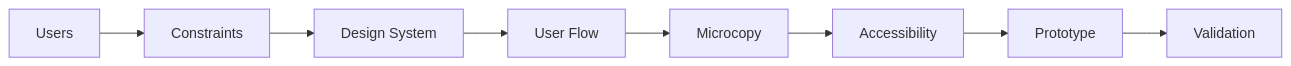
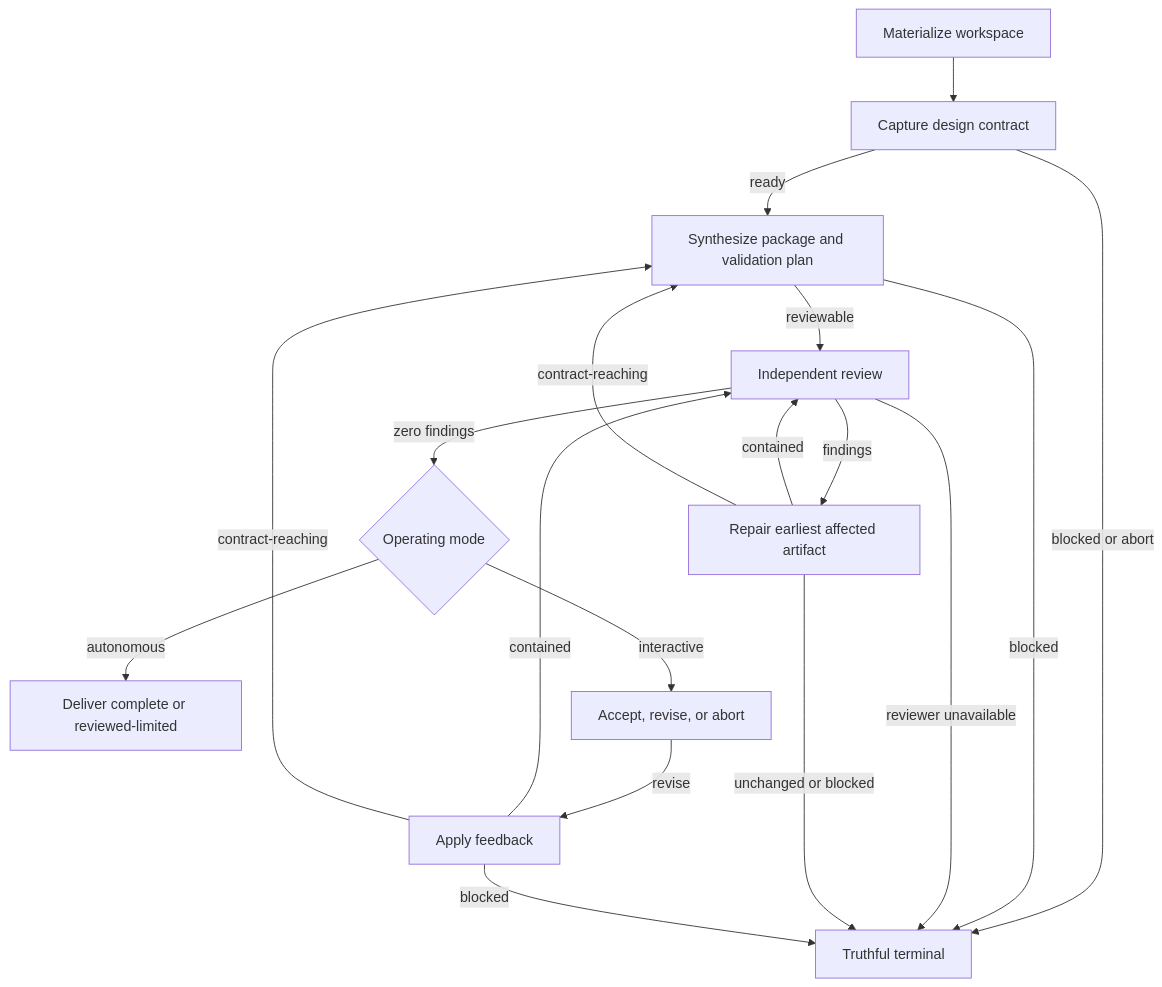
The diagram in packages/docs/src/content/docs/docs/reference/workflows/ux-design.mdx (moira-mcp/moira), drawn with Mermaid before and after one commit. The commit also changed other lines of this file and 72 other files, not shown here.

````diff
--- a/packages/docs/src/content/docs/docs/reference/workflows/ux-design.mdx
+++ b/packages/docs/src/content/docs/docs/reference/workflows/ux-design.mdx
@@ -18,10 +61,20 @@
 ```mermaid
-flowchart LR
-    A[Users] --> B[Constraints]
-    B --> C[Design System]
-    C --> D[User Flow]
-    D --> E[Microcopy]
-    E --> F[Accessibility]
-    F --> G[Prototype]
-    G --> H[Validation]
+flowchart TD
+    A[Materialize workspace] --> B[Capture design contract]
+    B -->|ready| C[Synthesize package and validation plan]
+    B -->|blocked or abort| T[Truthful terminal]
+    C -->|reviewable| D[Independent review]
+    C -->|blocked| T
+    D -->|zero findings| E{Operating mode}
+    D -->|findings| F[Repair earliest affected artifact]
+    D -->|reviewer unavailable| T
+    F -->|contained| D
+    F -->|contract-reaching| C
+    F -->|unchanged or blocked| T
+    E -->|autonomous| G[Deliver complete or reviewed-limited]
+    E -->|interactive| H[Accept, revise, or abort]
+    H -->|revise| I[Apply feedback]
+    I -->|contained| D
+    I -->|contract-reaching| C
+    I -->|blocked| T
 ```
````
